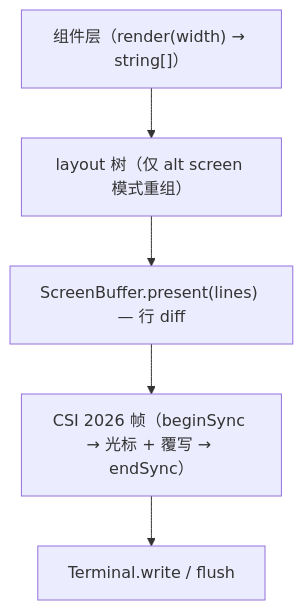
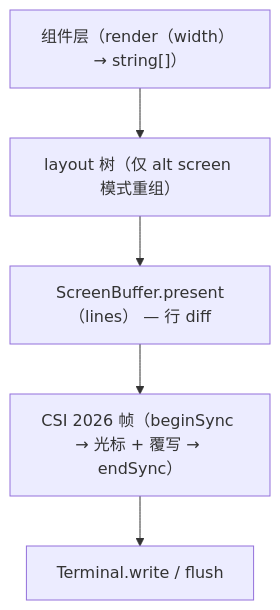
One commit to KNeegcyao/my-easy-pi changed the second of 2 diagrams in docs/tui-strategy.md. Above: the diagram before and after it, drawn with Mermaid. The commit also changed other lines of this file and 25 other files, not shown here.

First line of the commit message:
fix: 修复 Mermaid 图表语法错误

````diff
--- a/docs/tui-strategy.md
+++ b/docs/tui-strategy.md
@@ -142,7 +142,7 @@
 ```mermaid
 flowchart TD
-    Comp["组件层（render(width) → string[]）"] --> Layout["layout 树（仅 alt screen 模式重组）"]
-    Layout --> ScreenBuf["ScreenBuffer.present(lines) — 行 diff"]
+    Comp["组件层（render（width） → string[]）"] --> Layout["layout 树（仅 alt screen 模式重组）"]
+    Layout --> ScreenBuf["ScreenBuffer.present（lines） — 行 diff"]
     ScreenBuf --> CSI["CSI 2026 帧（beginSync → 光标 + 覆写 → endSync）"]
     CSI --> Term["Terminal.write / flush"]
 ```
````
